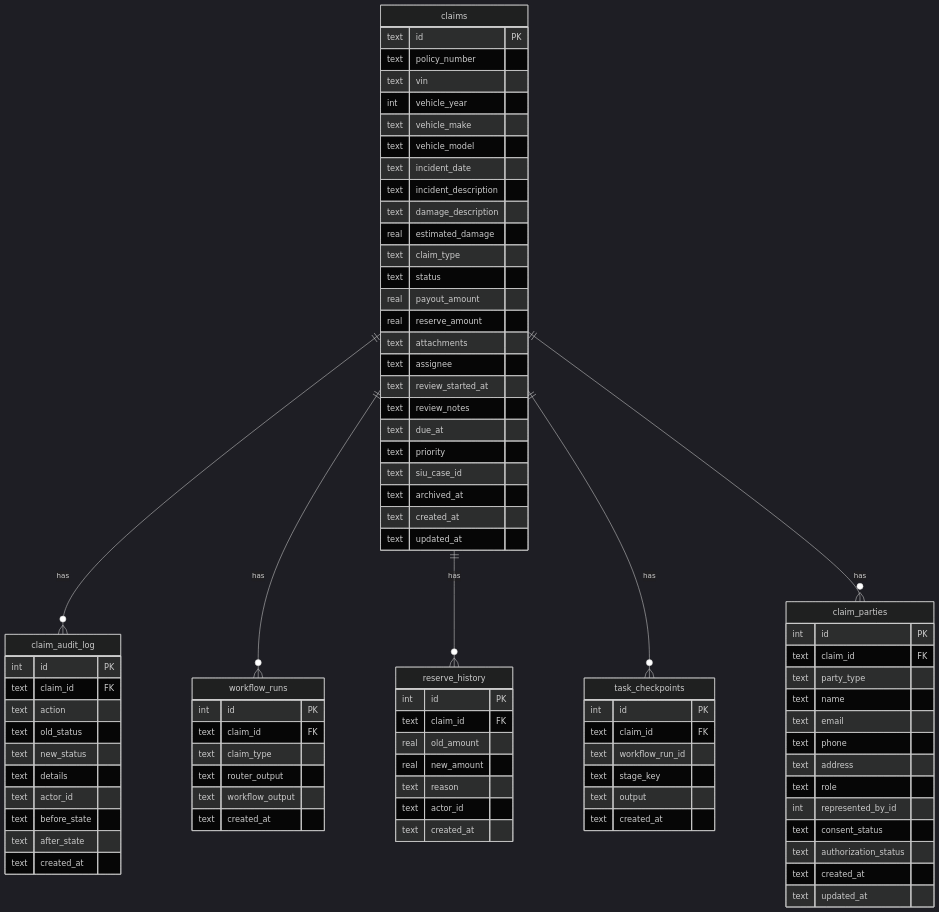
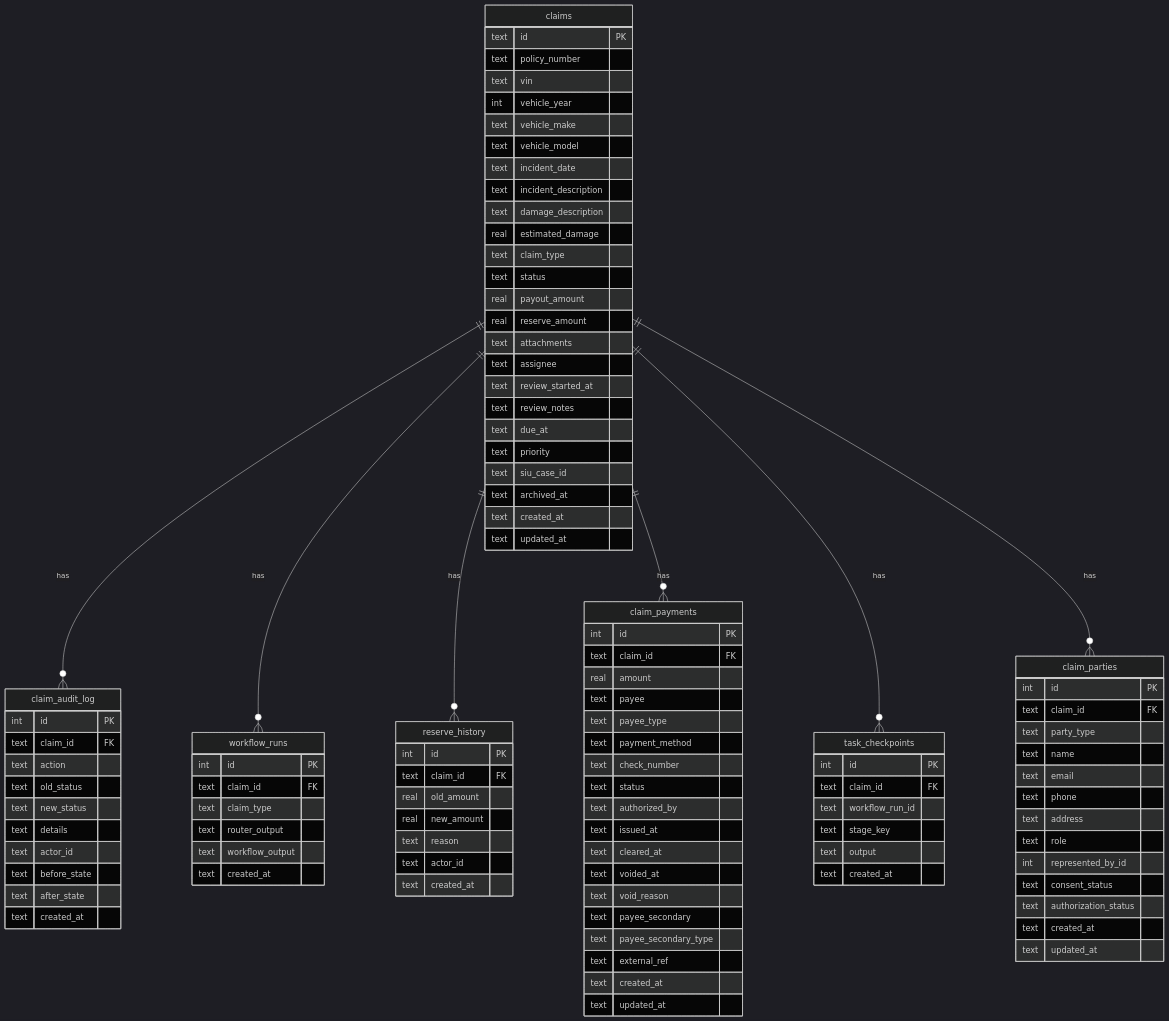
Before and after one commit to csmangum/auto-agent: the first of 2 diagrams in docs/database.md, drawn with Mermaid (dark theme). The commit also changed other lines of this file and 20 other files, not shown here.

````diff
--- a/docs/database.md
+++ b/docs/database.md
@@ -42,6 +42,7 @@
     claims ||--o{ claim_audit_log : "has"
     claims ||--o{ workflow_runs : "has"
     claims ||--o{ reserve_history : "has"
+    claims ||--o{ claim_payments : "has"
     
     claims {
         text id PK
@@ -129,4 +130,25 @@
         text created_at
         text updated_at
     }
+
+    claim_payments {
+        int id PK
+        text claim_id FK
+        real amount
+        text payee
+        text payee_type
+        text payment_method
+        text check_number
+        text status
+        text authorized_by
+        text issued_at
+        text cleared_at
+        text voided_at
+        text void_reason
+        text payee_secondary
+        text payee_secondary_type
+        text external_ref
+        text created_at
+        text updated_at
+    }
 ```
````
